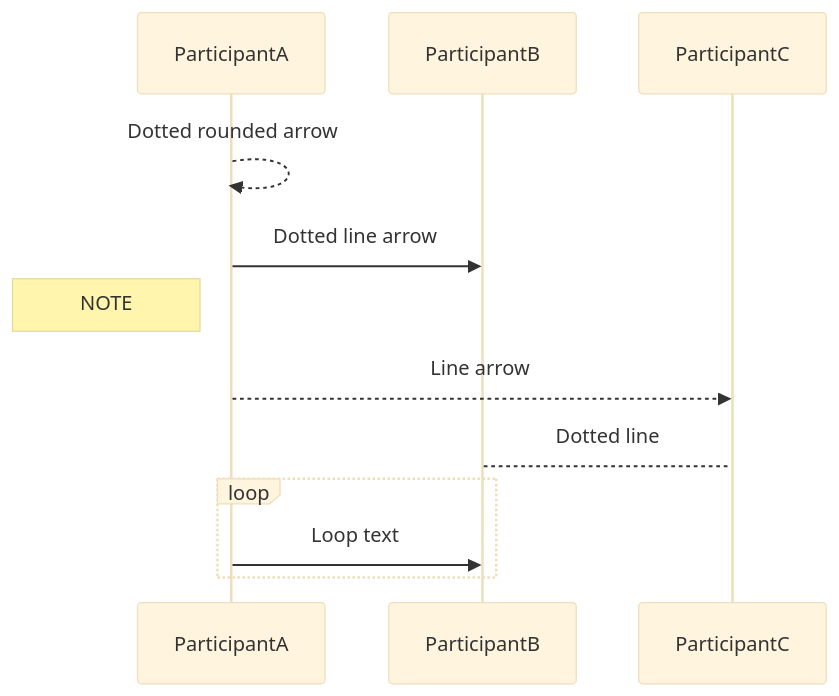
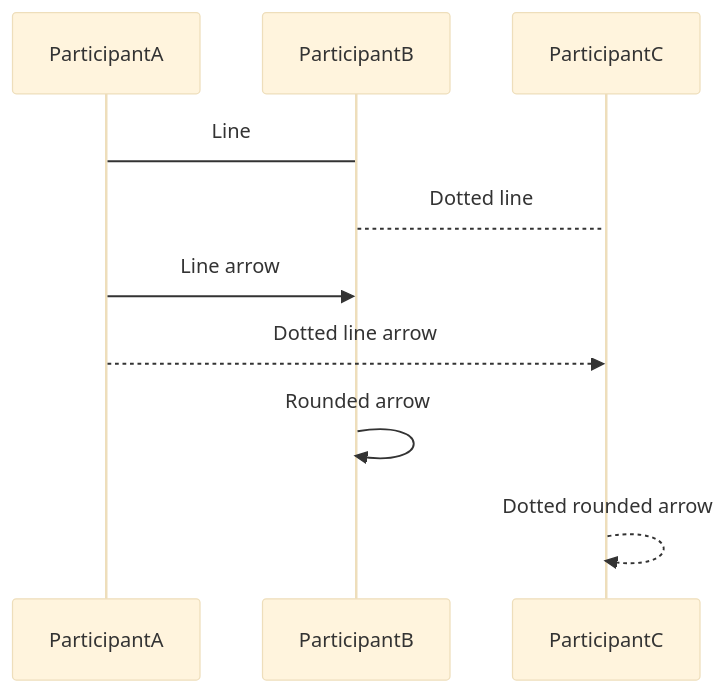
One commit to zluvsand/mermaid changed diagram 16 of 19 in README.md. Above: the diagram before and after it, drawn with Mermaid (base theme). The commit also changed other lines of this file, not shown here.

Commit message:
Update sequence charts

````diff
--- a/README.md
+++ b/README.md
@@ -174,11 +174,9 @@
 ```mermaid
 sequenceDiagram
-    ParticipantA-->>ParticipantA: Dotted rounded arrow
-    ParticipantA->>ParticipantB: Dotted line arrow
-    Note left of ParticipantA: NOTE
-    ParticipantA-->>ParticipantC: Line arrow
+    ParticipantA->ParticipantB: Line
     ParticipantB-->ParticipantC: Dotted line
-    loop
-        ParticipantA->>ParticipantB: Loop text
-    end
+    ParticipantA->>ParticipantB: Line arrow
+    ParticipantA-->>ParticipantC: Dotted line arrow
+    ParticipantB->>ParticipantB: Rounded arrow
+    ParticipantC-->>ParticipantC: Dotted rounded arrow
 ```
````
